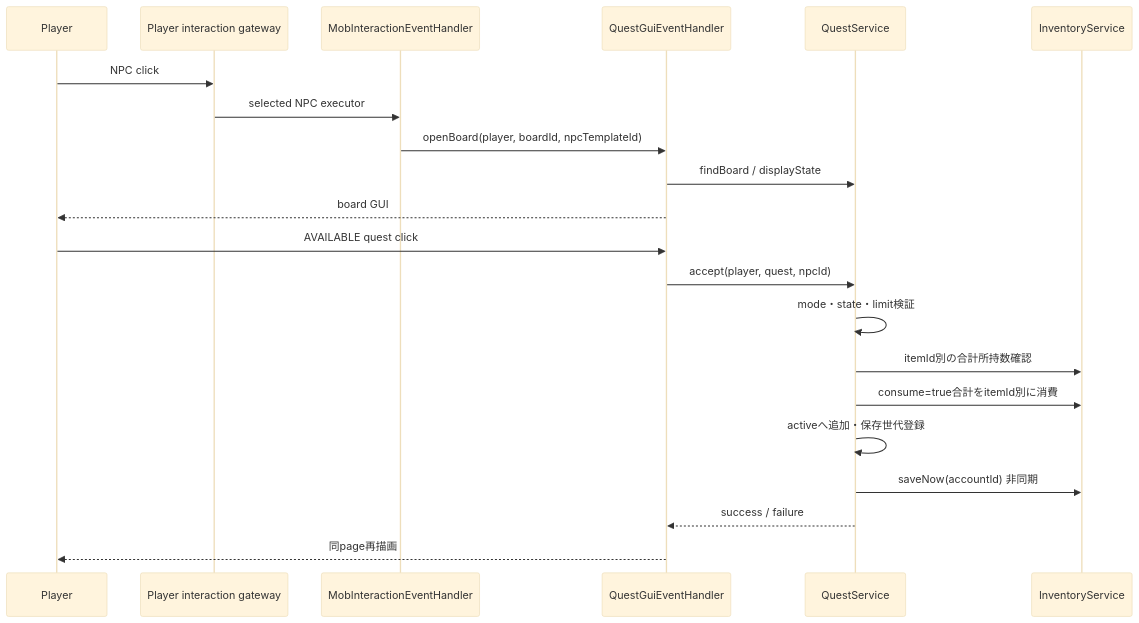
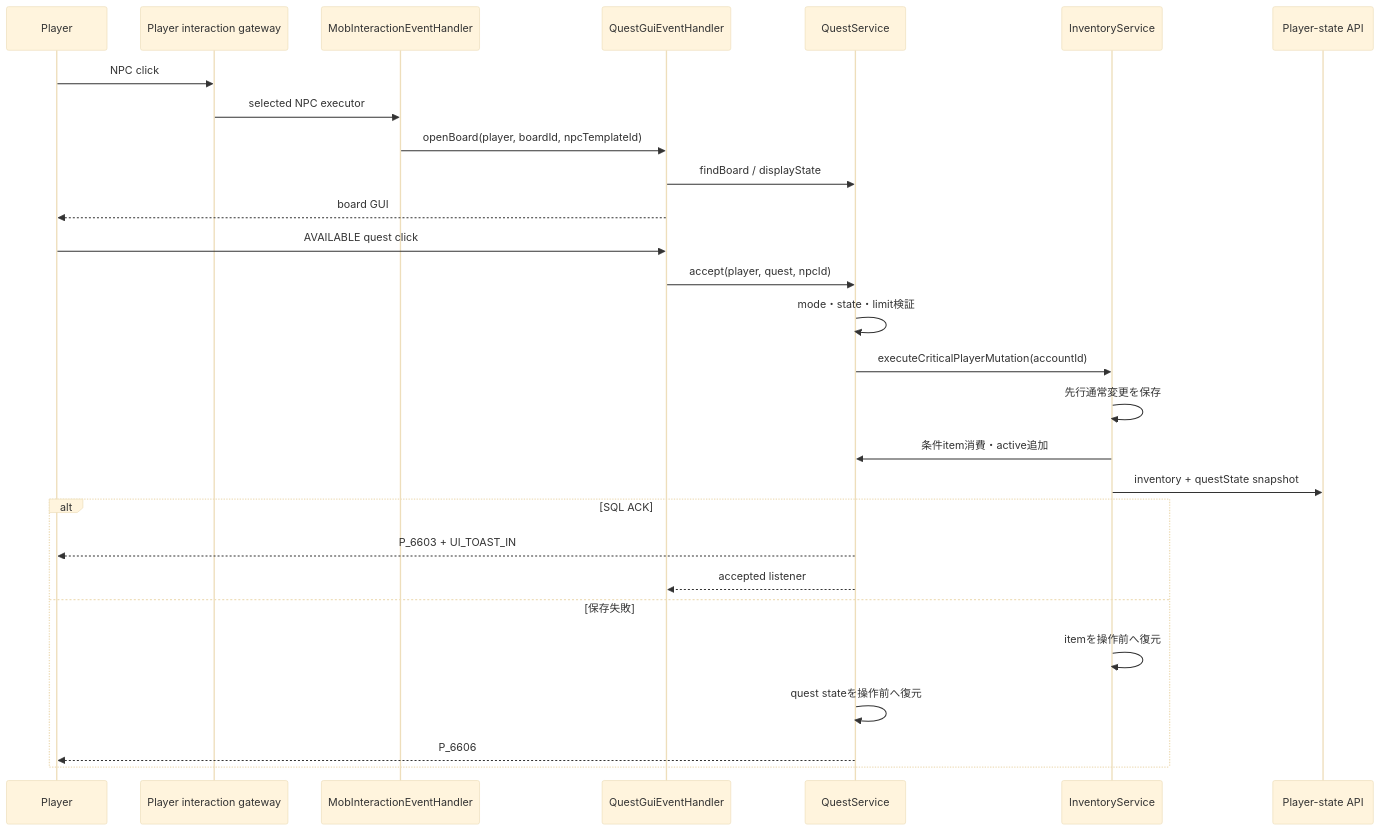
The second of 5 diagrams in 00_docs/10_Plugin設計書/feature/29-quest/29_4-統合フロー.md (maaasu/AstralRecord-Workspace), drawn with Mermaid (base theme) before and after one commit. The commit also changed other lines of this file and 213 other files, not shown here.

````diff
--- a/00_docs/10_Plugin設計書/feature/29-quest/29_4-統合フロー.md
+++ b/00_docs/10_Plugin設計書/feature/29-quest/29_4-統合フロー.md
@@ -56,24 +44,31 @@
 ```mermaid
 sequenceDiagram
     participant Player as Player
     participant Input as Player interaction gateway
     participant NPC as MobInteractionEventHandler
     participant GUI as QuestGuiEventHandler
     participant Quest as QuestService
     participant Inventory as InventoryService
+    participant API as Player-state API
 
     Player->>Input: NPC click
     Input->>NPC: selected NPC executor
     NPC->>GUI: openBoard(player, boardId, npcTemplateId)
     GUI->>Quest: findBoard / displayState
     GUI-->>Player: board GUI
     Player->>GUI: AVAILABLE quest click
     GUI->>Quest: accept(player, quest, npcId)
     Quest->>Quest: mode・state・limit検証
-    Quest->>Inventory: itemId別の合計所持数確認
-    Quest->>Inventory: consume=true合計をitemId別に消費
-    Quest->>Quest: activeへ追加・保存世代登録
-    Quest->>Inventory: saveNow(accountId) 非同期
-    Quest-->>GUI: success / failure
-    GUI-->>Player: 同page再描画
+    Quest->>Inventory: executeCriticalPlayerMutation(accountId)
+    Inventory->>Inventory: 先行通常変更を保存
+    Inventory->>Quest: 条件item消費・active追加
+    Inventory->>API: inventory + questState snapshot
+    alt SQL ACK
+        Quest-->>Player: P_6603 + UI_TOAST_IN
+        Quest-->>GUI: accepted listener
+    else 保存失敗
+        Inventory->>Inventory: itemを操作前へ復元
+        Quest->>Quest: quest stateを操作前へ復元
+        Quest-->>Player: P_6606
+    end
 ```
````
